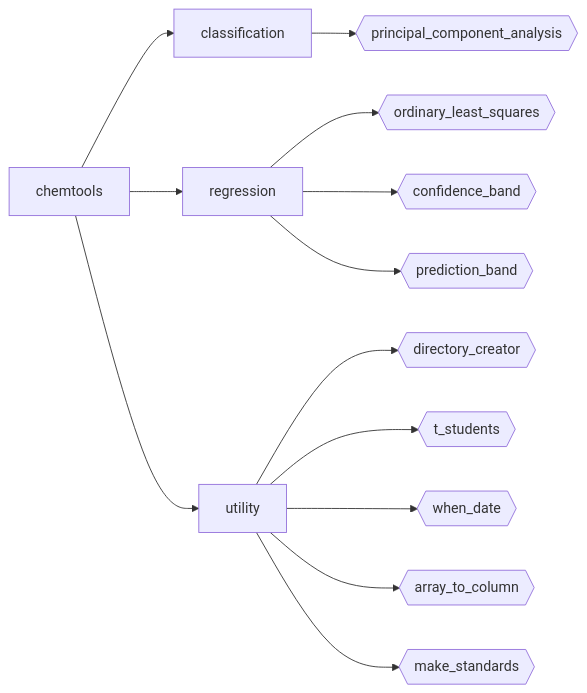
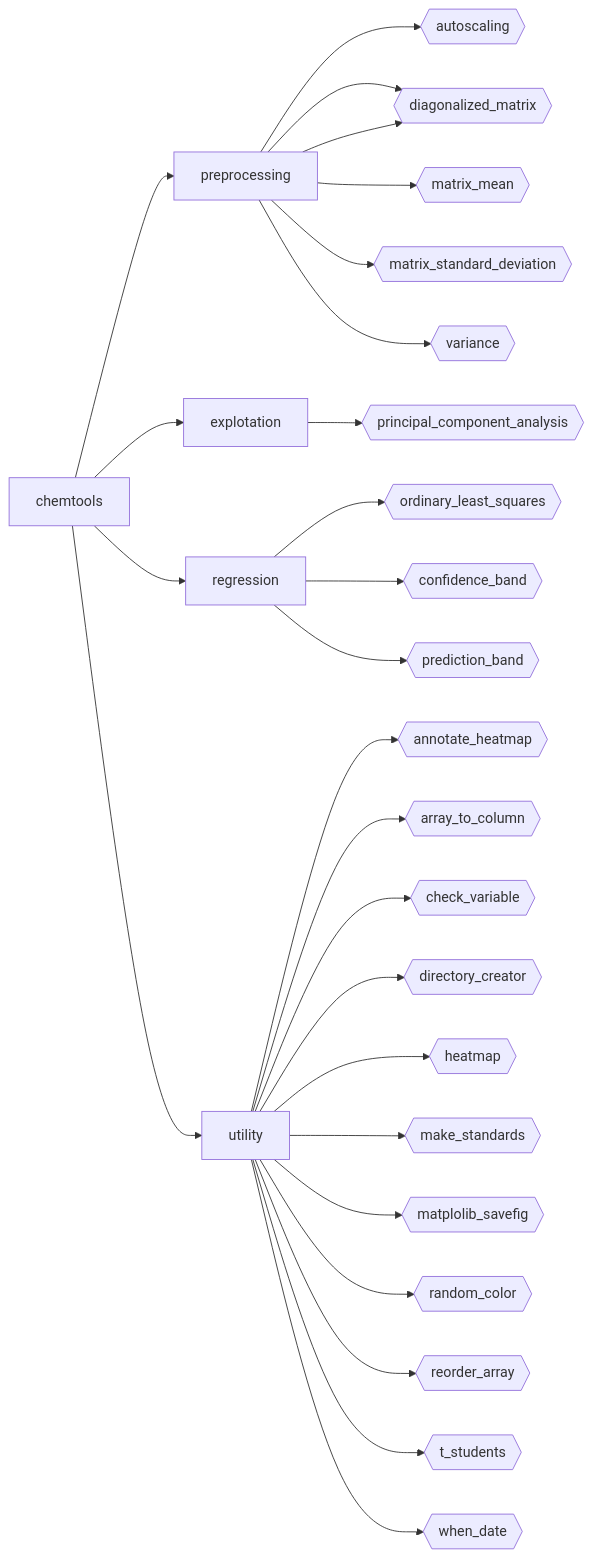
One commit to MGriot/chemtools changed the diagram in README.md. Above: the diagram before and after it, drawn with Mermaid. The commit also changed 1 other file, not shown here.

````diff
--- a/README.md
+++ b/README.md
@@ -6,17 +6,34 @@
 ```mermaid
 flowchart LR
 
-chemtools --> classification
+chemtools --> preprocessing
+chemtools --> explotation
 chemtools --> regression
 chemtools --> utility
 
-classification --> cl_fun1{{principal_component_analysis}}
+
+preprocessing --> pp_fun1{{autoscaling}}
+preprocessing --> pp_fun2{{correlation_matrix}}
+preprocessing --> pp_fun2{{diagonalized_matrix}}
+preprocessing --> pp_fun3{{matrix_mean}}
+preprocessing --> pp_fun4{{matrix_standard_deviation}}
+preprocessing --> pp_fun5{{variance}}
+
+explotation --> cl_fun1{{principal_component_analysis}}
+
 regression --> re_fun_1{{ordinary_least_squares}}
 regression --> re_fun_2{{confidence_band}}
 regression --> re_fun_3{{prediction_band}}
-utility --> ut_fun_1{{directory_creator}}
-utility --> ut_fun_2{{t_students}}
-utility --> ut_fun_3{{when_date}}
-utility --> ut_fun_4{{array_to_column}}
-utility --> ut_fun_5{{make_standards}}
+
+utility --> ut_fun_1{{annotate_heatmap}}
+utility --> ut_fun_2{{array_to_column}}
+utility --> ut_fun_3{{check_variable}}
+utility --> ut_fun_4{{directory_creator}}
+utility --> ut_fun_5{{heatmap}}
+utility --> ut_fun_6{{make_standards}}
+utility --> ut_fun_7{{matplolib_savefig}}
+utility --> ut_fun_8{{random_color}}
+utility --> ut_fun_9{{reorder_array}}
+utility --> ut_fun_10{{t_students}}
+utility --> ut_fun_11{{when_date}}
 ```
````
